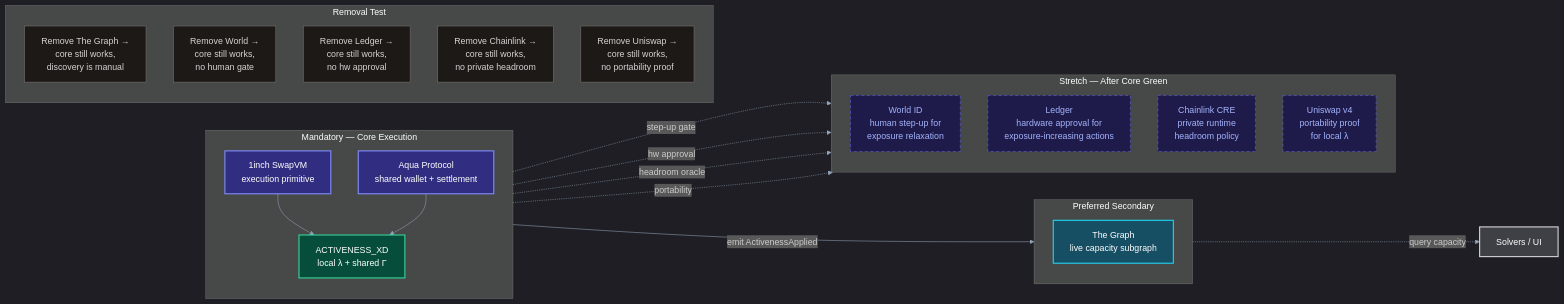
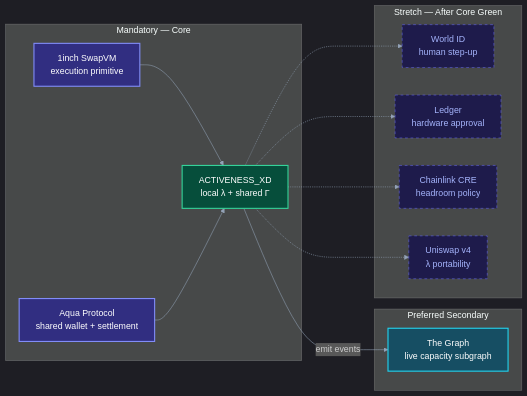
One commit to angelphoon7/online2026 changed the diagram in docs/diagrams/05_sponsor_layers.mmd. Above: the diagram before and after it, drawn with Mermaid. The commit also changed 32 other files, not shown here.

```diff
--- a/docs/diagrams/05_sponsor_layers.mmd
+++ b/docs/diagrams/05_sponsor_layers.mmd
@@ -1,59 +1,43 @@
 %%{init: {
   "theme": "dark",
   "themeVariables": {
     "background": "#0b0f14",
     "primaryColor": "#1f2937",
     "primaryTextColor": "#f8fafc",
     "primaryBorderColor": "#64748b",
     "lineColor": "#94a3b8",
     "secondaryColor": "#111827",
     "tertiaryColor": "#0f172a",
     "fontFamily": "Inter, ui-sans-serif, system-ui, sans-serif"
   }
 }}%%
 flowchart LR
-    subgraph MANDATORY ["Mandatory — Core Execution"]
-        direction TB
+    subgraph MANDATORY ["Mandatory — Core"]
         INCH[1inch SwapVM<br/>execution primitive]:::sponsor
         AQUA[Aqua Protocol<br/>shared wallet + settlement]:::sponsor
         ACT[ACTIVENESS_XD<br/>local λ + shared Γ]:::core
     end
 
     subgraph SECONDARY ["Preferred Secondary"]
-        direction TB
         GRAPH[The Graph<br/>live capacity subgraph]:::data
     end
 
     subgraph STRETCH ["Stretch — After Core Green"]
-        direction TB
-        WORLD[World ID<br/>human step-up for<br/>exposure relaxation]:::stretch
-        LEDGER[Ledger<br/>hardware approval for<br/>exposure-increasing actions]:::stretch
-        CHAIN[Chainlink CRE<br/>private runtime<br/>headroom policy]:::stretch
-        UNI[Uniswap v4<br/>portability proof<br/>for local λ]:::stretch
+        WORLD[World ID<br/>human step-up]:::stretch
+        LEDGER[Ledger<br/>hardware approval]:::stretch
+        CHAIN[Chainlink CRE<br/>headroom policy]:::stretch
+        UNI[Uniswap v4<br/>λ portability]:::stretch
     end
 
     INCH --> ACT
     AQUA --> ACT
-    ACT -->|emit ActivenessApplied| GRAPH
-    GRAPH -.->|query capacity| SOLVERS[Solvers / UI]:::user
-
-    ACT -.->|step-up gate| WORLD
-    ACT -.->|hw approval| LEDGER
-    ACT -.->|headroom oracle| CHAIN
-    ACT -.->|portability| UNI
-
-    subgraph REMOVAL ["Removal Test"]
-        direction TB
-        R1["Remove The Graph →<br/>core still works,<br/>discovery is manual"]:::test
-        R2["Remove World →<br/>core still works,<br/>no human gate"]:::test
-        R3["Remove Ledger →<br/>core still works,<br/>no hw approval"]:::test
-        R4["Remove Chainlink →<br/>core still works,<br/>no private headroom"]:::test
-        R5["Remove Uniswap →<br/>core still works,<br/>no portability proof"]:::test
-    end
+    ACT -->|emit events| GRAPH
+    ACT -.-> WORLD
+    ACT -.-> LEDGER
+    ACT -.-> CHAIN
+    ACT -.-> UNI
 
     classDef sponsor fill:#312e81,stroke:#818cf8,color:#ffffff,stroke-width:2px;
     classDef core fill:#064e3b,stroke:#34d399,color:#ffffff,stroke-width:2px;
     classDef data fill:#164e63,stroke:#22d3ee,color:#ffffff,stroke-width:2px;
-    classDef user fill:#3f3f46,stroke:#d4d4d8,color:#ffffff,stroke-width:2px;
     classDef stretch fill:#1e1b4b,stroke:#6366f1,color:#a5b4fc,stroke-width:1px,stroke-dasharray: 5 5;
-    classDef test fill:#1c1917,stroke:#78716c,color:#d6d3d1,stroke-width:1px;
```
